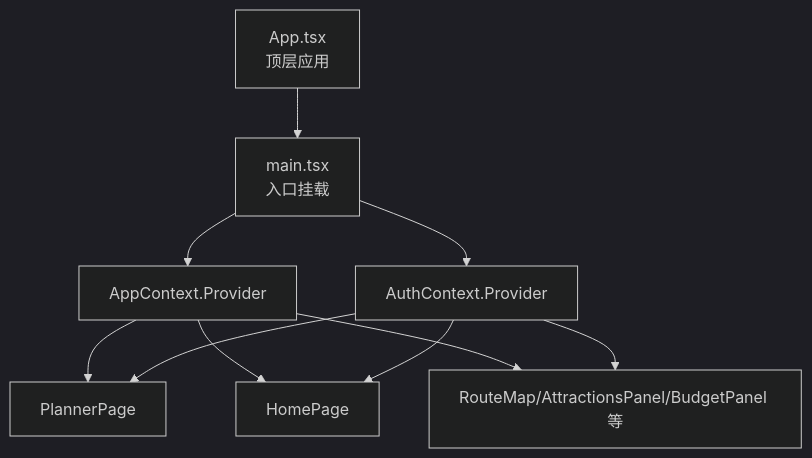
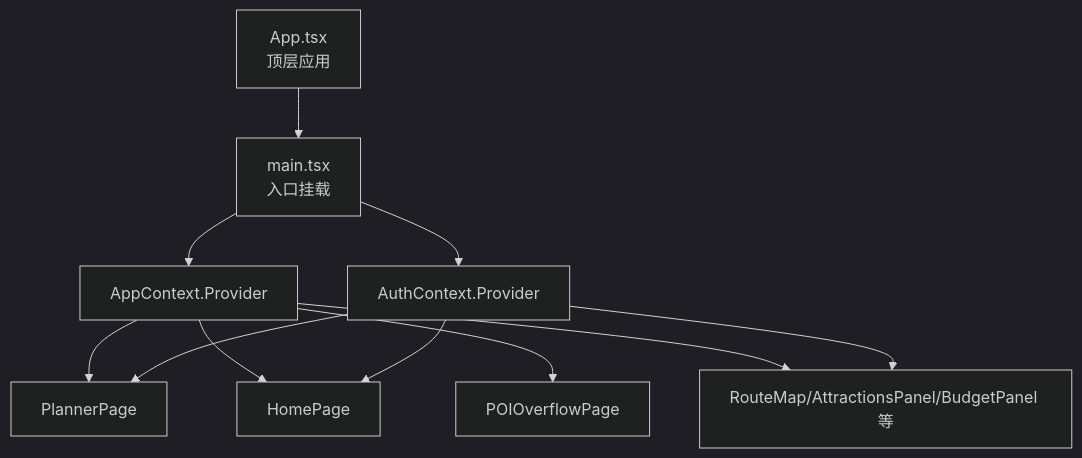
One commit to ititjjy/AITrip-plan changed the second of 9 diagrams in .qoder/repowiki/zh/content/前端架构/状态管理.md. Above: the diagram before and after it, drawn with Mermaid (dark theme). The commit also changed other lines of this file and 144 other files, not shown here.

````diff
--- a/.qoder/repowiki/zh/content/前端架构/状态管理.md
+++ b/.qoder/repowiki/zh/content/前端架构/状态管理.md
@@ -101,12 +119,13 @@
 ```mermaid
 graph TB
 A["App.tsx<br/>顶层应用"] --> M["main.tsx<br/>入口挂载"]
 M --> AC["AppContext.Provider"]
 M --> AU["AuthContext.Provider"]
 AC --> P1["PlannerPage"]
 AC --> P2["HomePage"]
+AC --> P3["POIOverflowPage"]
 AC --> C1["RouteMap/AttractionsPanel/BudgetPanel 等"]
 AU --> C1
 AU --> P1
 AU --> P2
 ```
````
